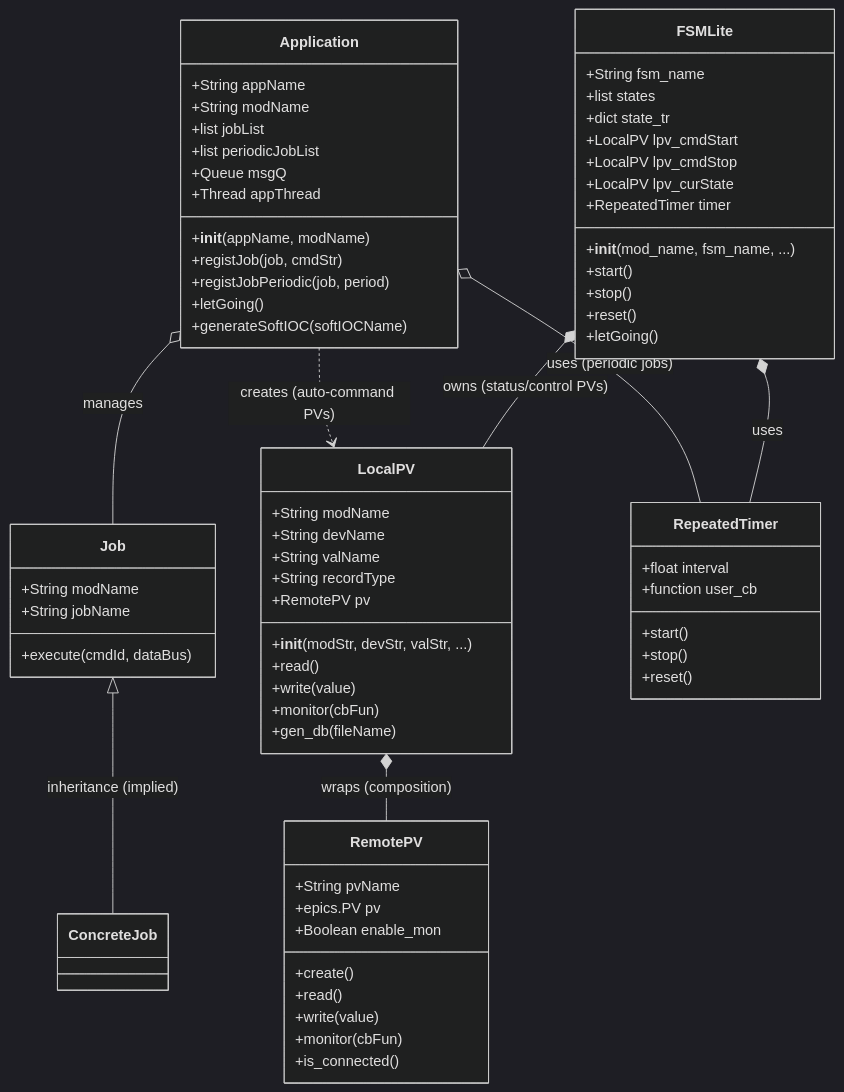
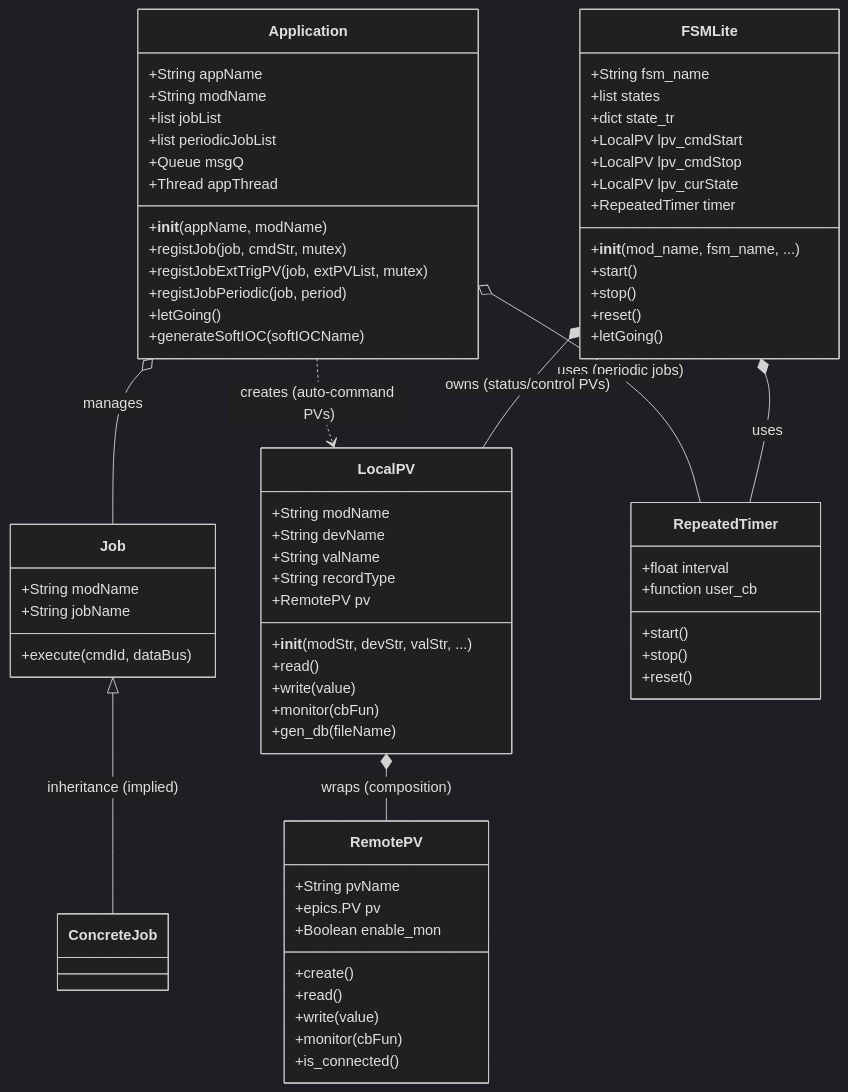
The diagram in doc/uml_diagram.md (aaqiao/ooEpicsPy), drawn with Mermaid (dark theme) before and after one commit. The commit also changed 1 other file, not shown here.

````diff
--- a/doc/uml_diagram.md
+++ b/doc/uml_diagram.md
@@ -3,80 +3,81 @@
 ```mermaid
 classDiagram
     class Application {
         +String appName
         +String modName
         +list jobList
         +list periodicJobList
         +Queue msgQ
         +Thread appThread
         +__init__(appName, modName)
-        +registJob(job, cmdStr)
+        +registJob(job, cmdStr, mutex)
+        +registJobExtTrigPV(job, extPVList, mutex)        
         +registJobPeriodic(job, period)
         +letGoing()
         +generateSoftIOC(softIOCName)
     }
 
     class Job {
         +String modName
         +String jobName
         +execute(cmdId, dataBus)
     }
 
     class RemotePV {
         +String pvName
         +epics.PV pv
         +Boolean enable_mon
         +create()
         +read()
         +write(value)
         +monitor(cbFun)
         +is_connected()
     }
 
     class LocalPV {
         +String modName
         +String devName
         +String valName
         +String recordType
         +RemotePV pv
         +__init__(modStr, devStr, valStr, ...)
         +read()
         +write(value)
         +monitor(cbFun)
         +gen_db(fileName)
     }
 
     class FSMLite {
         +String fsm_name
         +list states
         +dict state_tr
         +LocalPV lpv_cmdStart
         +LocalPV lpv_cmdStop
         +LocalPV lpv_curState
         +RepeatedTimer timer
         +__init__(mod_name, fsm_name, ...)
         +start()
         +stop()
         +reset()
         +letGoing()
     }
 
     class RepeatedTimer {
         +float interval
         +function user_cb
         +start()
         +stop()
         +reset()
     }
 
     Application o-- Job : manages
     Application o-- RepeatedTimer : uses (periodic jobs)
     Application ..> LocalPV : creates (auto-command PVs)
     
     LocalPV *-- RemotePV : wraps (composition)
     
     FSMLite *-- LocalPV : owns (status/control PVs)
     FSMLite *-- RepeatedTimer : uses
     
     Job <|-- ConcreteJob : inheritance (implied)
 ```
````
